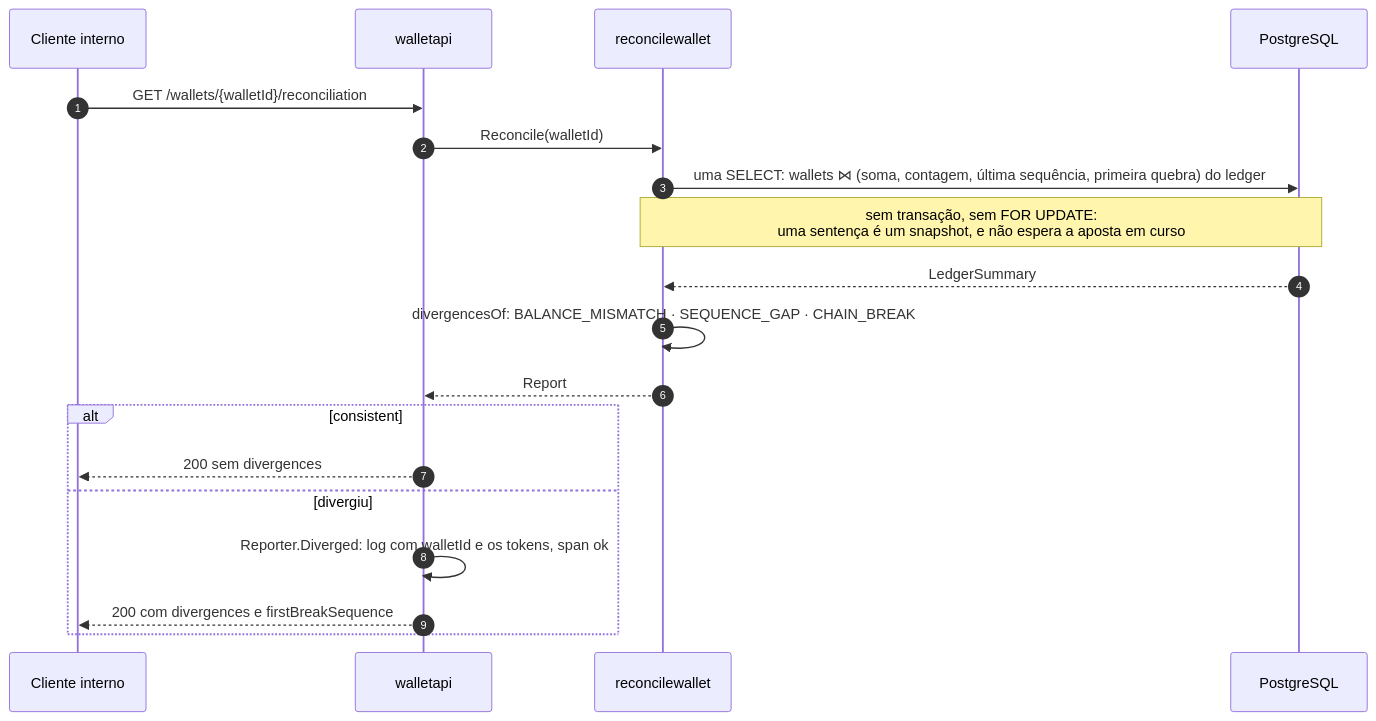
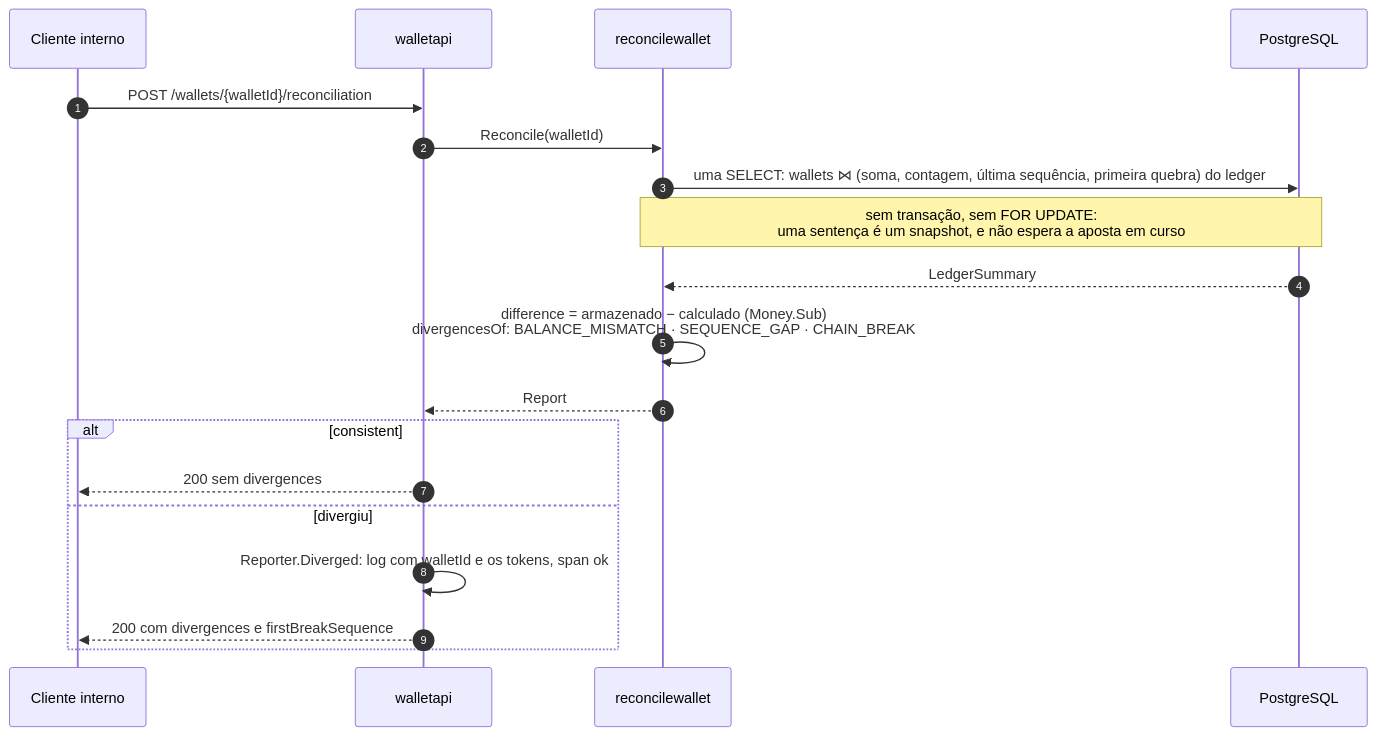
One commit to cassiusbessa/backend-challenge-go changed the eighth of 8 diagrams in docs/04-fluxos.md. Above: the diagram before and after it, drawn with Mermaid. The commit also changed other lines of this file and 4 other files, not shown here.

````diff
--- a/docs/04-fluxos.md
+++ b/docs/04-fluxos.md
@@ -253,22 +253,22 @@
 ```mermaid
 sequenceDiagram
     autonumber
     participant I as Cliente interno
     participant B as walletapi
     participant R as reconcilewallet
     participant PG as PostgreSQL
 
-    I->>B: GET /wallets/{walletId}/reconciliation
+    I->>B: POST /wallets/{walletId}/reconciliation
     B->>R: Reconcile(walletId)
     R->>PG: uma SELECT: wallets ⋈ (soma, contagem, última sequência, primeira quebra) do ledger
     Note over R,PG: sem transação, sem FOR UPDATE:<br/>uma sentença é um snapshot, e não espera a aposta em curso
     PG-->>R: LedgerSummary
-    R->>R: divergencesOf: BALANCE_MISMATCH · SEQUENCE_GAP · CHAIN_BREAK
+    R->>R: difference = armazenado − calculado (Money.Sub)<br/>divergencesOf: BALANCE_MISMATCH · SEQUENCE_GAP · CHAIN_BREAK
     R-->>B: Report
     alt consistent
         B-->>I: 200 sem divergences
     else divergiu
         B->>B: Reporter.Diverged: log com walletId e os tokens, span ok
         B-->>I: 200 com divergences e firstBreakSequence
     end
 ```
````
